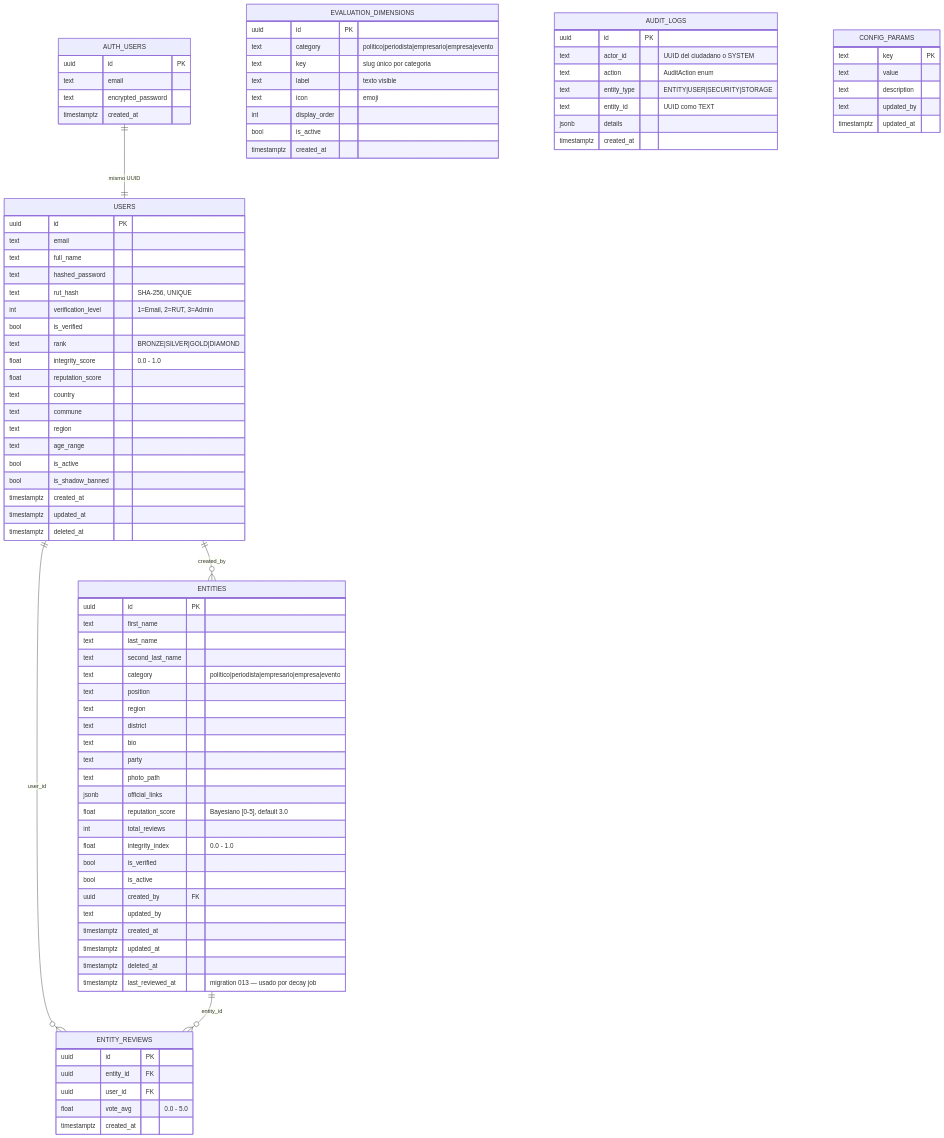
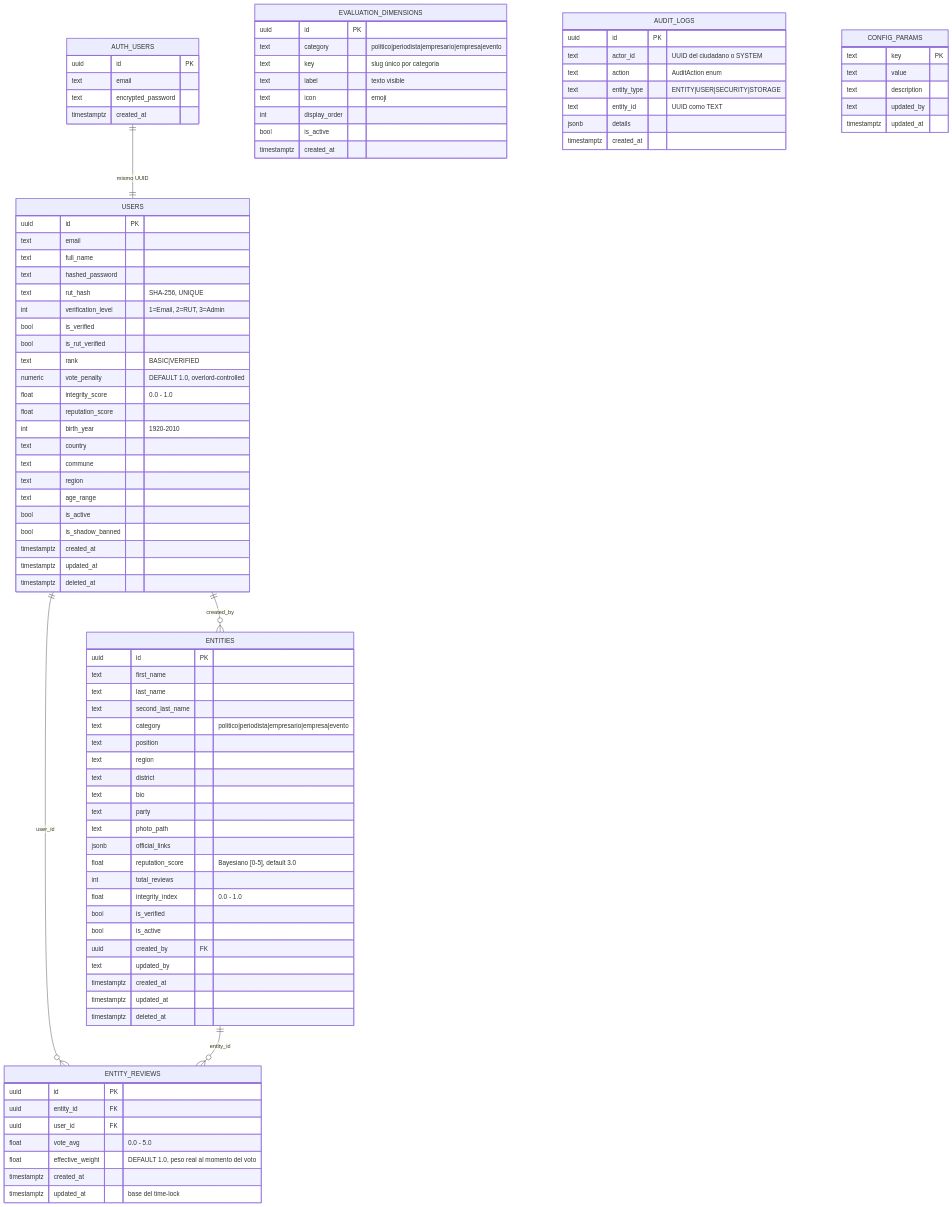
One commit to EduardoSereyM/beacon changed the diagram in docs/esquema_bbdd.md. Above: the diagram before and after it, drawn with Mermaid. The commit also changed other lines of this file and 10 other files, not shown here.

First line of the commit message:
feat(p5+docs): sistema 2 rangos BASIC/VERIFIED + verificación RUT + documentación (#7)

```diff
--- a/docs/esquema_bbdd.md
+++ b/docs/esquema_bbdd.md
@@ -50,9 +50,12 @@
         text rut_hash "SHA-256, UNIQUE"
         int verification_level "1=Email, 2=RUT, 3=Admin"
         bool is_verified
-        text rank "BRONZE|SILVER|GOLD|DIAMOND"
+        bool is_rut_verified
+        text rank "BASIC|VERIFIED"
+        numeric vote_penalty "DEFAULT 1.0, overlord-controlled"
         float integrity_score "0.0 - 1.0"
         float reputation_score
+        int birth_year "1920-2010"
         text country
         text commune
         text region
@@ -87,7 +90,6 @@
         timestamptz created_at
         timestamptz updated_at
         timestamptz deleted_at
-        timestamptz last_reviewed_at "migration 013 — usado por decay job"
     }
 
     ENTITY_REVIEWS {
@@ -95,7 +97,9 @@
         uuid entity_id FK
         uuid user_id FK
         float vote_avg "0.0 - 5.0"
+        float effective_weight "DEFAULT 1.0, peso real al momento del voto"
         timestamptz created_at
+        timestamptz updated_at "base del time-lock"
     }
 
     EVALUATION_DIMENSIONS {
```
